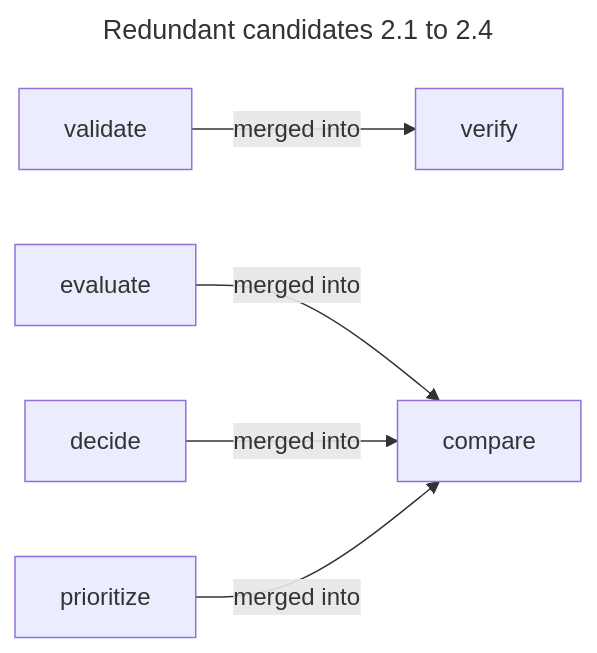
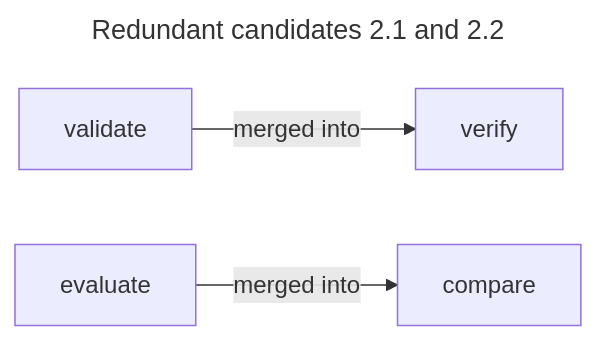
The sixth of 13 diagrams in docs/methodology/REJECTED_CANDIDATES.md (synaptiai/agent-capability-standard), drawn with Mermaid before and after one commit. The commit also changed other lines of this file, not shown here.

Commit message:
docs: split the first redundant-candidates diagram beside its entries
validate and evaluate are drawn after 2.2, decide and prioritize after 2.4.

Refs #125

Claude-Session: https://claude.ai/code/session_01Jea2Va3FATnCydAsWsbLXR

````diff
--- a/docs/methodology/REJECTED_CANDIDATES.md
+++ b/docs/methodology/REJECTED_CANDIDATES.md
@@ -267,11 +239,9 @@
 ```mermaid
 ---
-title: Redundant candidates 2.1 to 2.4
+title: Redundant candidates 2.1 and 2.2
 ---
 flowchart LR
-  accDescr: validate is merged into verify, and evaluate, decide and prioritize are merged into compare.
+  accDescr: validate is merged into verify, and evaluate into compare.
   validate_c[validate] -->|merged into| verify
   evaluate_c[evaluate] -->|merged into| compare
-  decide_c[decide] -->|merged into| compare
-  prioritize_c[prioritize] -->|merged into| compare
 ```
````
